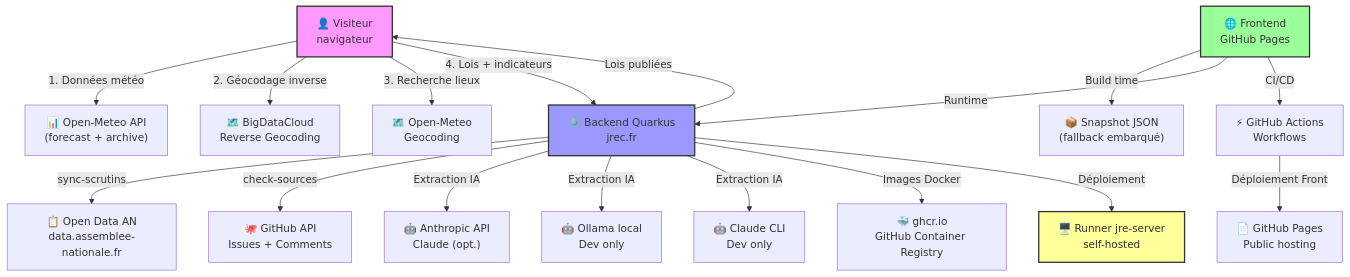
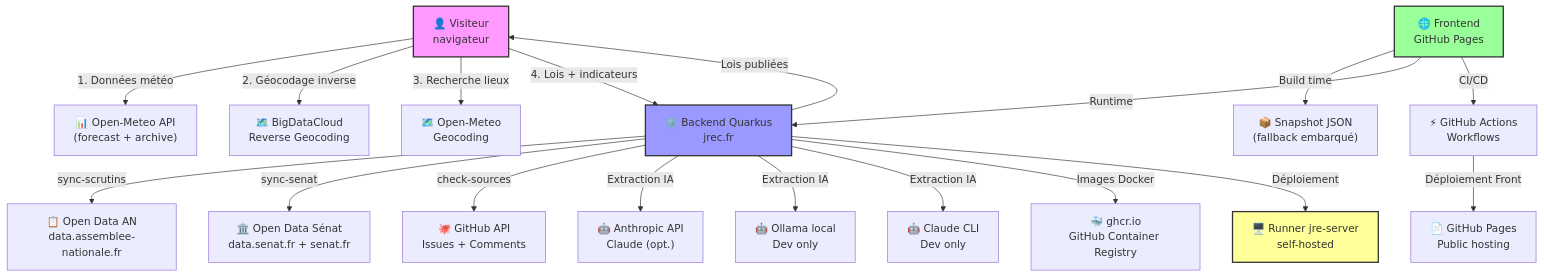
Before and after one commit to jrechet/meteox: the diagram in docs/DEPENDENCIES.md, drawn with Mermaid. The commit also changed other lines of this file and 32 other files, not shown here.

First line of the commit message:
feat(backend): scrutins Sénat — pipeline Dosleg + agrégats par bloc (#3) (#48)

````diff
--- a/docs/DEPENDENCIES.md
+++ b/docs/DEPENDENCIES.md
@@ -9,31 +9,32 @@
 ```mermaid
 graph TD
     Visitor["👤 Visiteur<br/>navigateur"]
     Frontend["🌐 Frontend<br/>GitHub Pages"]
     Backend["⚙️ Backend Quarkus<br/>jrec.fr"]
     
     Visitor -->|1. Données météo| OMeteoBrowser["📊 Open-Meteo API<br/>(forecast + archive)"]
     Visitor -->|2. Géocodage inverse| BigData["🗺️ BigDataCloud<br/>Reverse Geocoding"]
     Visitor -->|3. Recherche lieux| OMeoGeo["🗺️ Open-Meteo<br/>Geocoding"]
     Visitor -->|4. Lois + indicateurs| Backend
     
     Frontend -->|Build time| Snapshot["📦 Snapshot JSON<br/>(fallback embarqué)"]
     Frontend -->|Runtime| Backend
     Backend -->|Lois publiées| Visitor
     
     Backend -->|sync-scrutins| OpenData["📋 Open Data AN<br/>data.assemblee-nationale.fr"]
+    Backend -->|sync-senat| OpenDataSenat["🏛️ Open Data Sénat<br/>data.senat.fr + senat.fr"]
     Backend -->|check-sources| GitHubIssues["🐙 GitHub API<br/>Issues + Comments"]
     Backend -->|Extraction IA| AnthropicAPI["🤖 Anthropic API<br/>Claude (opt.)"]
     Backend -->|Extraction IA| Ollama["🤖 Ollama local<br/>Dev only"]
     Backend -->|Extraction IA| ClaudeCLI["🤖 Claude CLI<br/>Dev only"]
     Backend -->|Images Docker| GHCR["🐳 ghcr.io<br/>GitHub Container Registry"]
     Backend -->|Déploiement| SelfHosted["🖥️ Runner jre-server<br/>self-hosted"]
     
     Frontend -->|CI/CD| GHActions["⚡ GitHub Actions<br/>Workflows"]
     GHActions -->|Déploiement Front| GHPages["📄 GitHub Pages<br/>Public hosting"]
     
     style Visitor fill:#f9f,stroke:#333,stroke-width:2px
     style Frontend fill:#9f9,stroke:#333,stroke-width:2px
     style Backend fill:#99f,stroke:#333,stroke-width:2px
     style SelfHosted fill:#ff9,stroke:#333,stroke-width:2px
 ```
````
